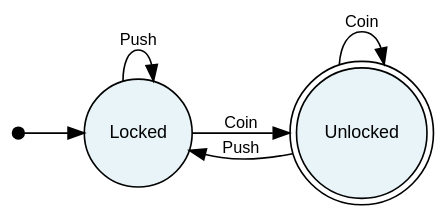
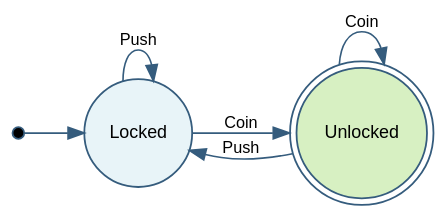
One commit to p0dyakov/inno_notes changed the second of 19 diagrams in semester-2/Theoretical Computer Science/8.qmd. Above: the diagram before and after it, drawn with Graphviz. The commit also changed other lines of this file and 191 other files, not shown here.

````diff
--- a/semester-2/Theoretical Computer Science/8.qmd
+++ b/semester-2/Theoretical Computer Science/8.qmd
@@ -111,21 +109,21 @@
 ```{dot}
 //| fig-cap: "FSA for a coin-operated turnstile"
 //| fig-width: 4
 //| fig-height: 1.5
 digraph turnstile {
   rankdir=LR;
   bgcolor="transparent";
-  node [fontname="Helvetica", fontsize=11, shape=circle, style=filled, fillcolor="#e8f4f8"];
-  edge [fontname="Helvetica", fontsize=10];
+  node [fontname="Helvetica", fontsize=11, shape=circle, style=filled, fillcolor="#e8f4f8", color="#355c7d", penwidth=1.1];
+  edge [fontname="Helvetica", fontsize=10, color="#355c7d"];
 
   start [shape=point, width=0.1, fillcolor=black];
   Locked   [label="Locked"];
-  Unlocked [label="Unlocked", shape=doublecircle];
+  Unlocked [label="Unlocked", shape=doublecircle, fillcolor="#d7f0c2"];
 
   start    -> Locked;
   Locked   -> Unlocked [label="Coin"];
   Locked   -> Locked   [label="Push"];
   Unlocked -> Locked   [label="Push"];
   Unlocked -> Unlocked [label="Coin"];
 }
 ```
````
